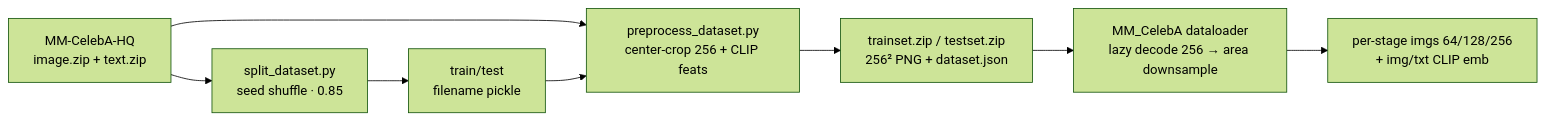
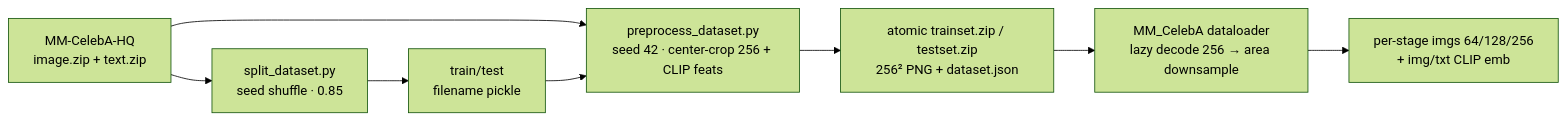
The diagram in docs/reference/dataset-format.md (youngunghan/MS-CLIP-GAN-Multi-Stage-Text-to-Image-Generation-with-CLIP-Guided-Synthesis), drawn with Mermaid (forest theme) before and after one commit. The commit also changed other lines of this file and 58 other files, not shown here.

````diff
--- a/docs/reference/dataset-format.md
+++ b/docs/reference/dataset-format.md
@@ -9,10 +9,10 @@
 ```mermaid
 flowchart LR
     SRC["MM-CelebA-HQ<br/>image.zip + text.zip"] --> SP["split_dataset.py<br/>seed shuffle · 0.85"]
     SP --> PK["train/test<br/>filename pickle"]
-    SRC --> PRE["preprocess_dataset.py<br/>center-crop 256 + CLIP feats"]
+    SRC --> PRE["preprocess_dataset.py<br/>seed 42 · center-crop 256 + CLIP feats"]
     PK --> PRE
-    PRE --> ZIP["trainset.zip / testset.zip<br/>256² PNG + dataset.json"]
+    PRE --> ZIP["atomic trainset.zip / testset.zip<br/>256² PNG + dataset.json"]
     ZIP --> DL["MM_CelebA dataloader<br/>lazy decode 256 → area downsample"]
     DL --> OUT["per-stage imgs 64/128/256<br/>+ img/txt CLIP emb"]
 ```
````
